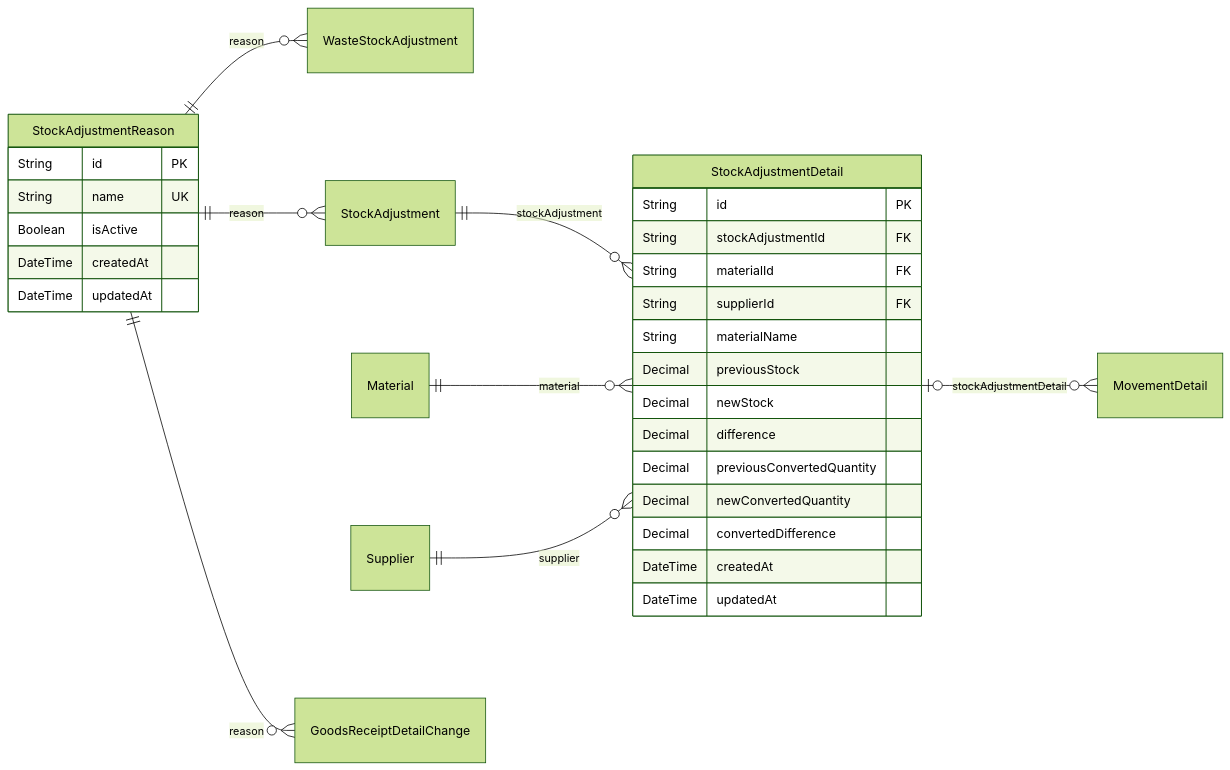
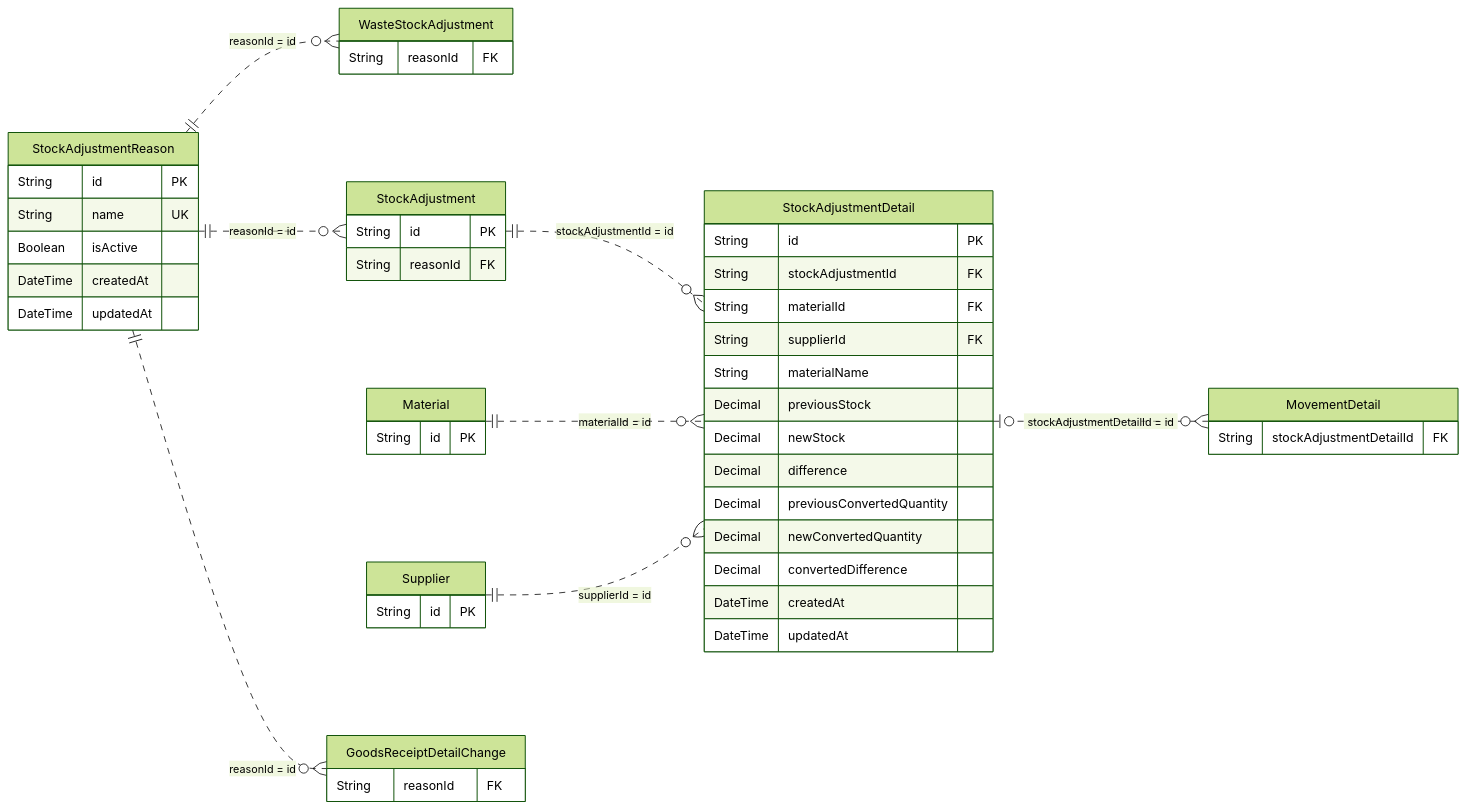
Diagram 11 of 14 in docs/architecture/views/logical/data-and-persistence/generated/database-schema.md (gpgsistemas01/nexus), drawn with Mermaid (forest theme) before and after one commit. The commit also changed other lines of this file and 20 other files, not shown here.

Commit message:
docs: corregir relaciones ER y notación UML de diagramas

````diff
--- a/docs/architecture/views/logical/data-and-persistence/generated/database-schema.md
+++ b/docs/architecture/views/logical/data-and-persistence/generated/database-schema.md
@@ -489,33 +732,52 @@
 ```mermaid
 erDiagram
     direction LR
     StockAdjustmentDetail {
         String id PK
         String stockAdjustmentId FK
         String materialId FK
         String supplierId FK
         String materialName
         Decimal previousStock
         Decimal newStock
         Decimal difference
         Decimal previousConvertedQuantity
         Decimal newConvertedQuantity
         Decimal convertedDifference
         DateTime createdAt
         DateTime updatedAt
     }
     StockAdjustmentReason {
         String id PK
         String name UK
         Boolean isActive
         DateTime createdAt
         DateTime updatedAt
     }
-    StockAdjustmentReason ||--o{ WasteStockAdjustment : "reason"
-    StockAdjustmentDetail o|--o{ MovementDetail : "stockAdjustmentDetail"
-    StockAdjustmentReason ||--o{ StockAdjustment : "reason"
-    StockAdjustment ||--o{ StockAdjustmentDetail : "stockAdjustment"
-    Material ||--o{ StockAdjustmentDetail : "material"
-    Supplier ||--o{ StockAdjustmentDetail : "supplier"
-    StockAdjustmentReason ||--o{ GoodsReceiptDetailChange : "reason"
+    WasteStockAdjustment {
+        String reasonId FK
+    }
+    MovementDetail {
+        String stockAdjustmentDetailId FK
+    }
+    StockAdjustment {
+        String id PK
+        String reasonId FK
+    }
+    Material {
+        String id PK
+    }
+    Supplier {
+        String id PK
+    }
+    GoodsReceiptDetailChange {
+        String reasonId FK
+    }
+    StockAdjustmentReason ||..o{ WasteStockAdjustment : "reasonId = id"
+    StockAdjustmentDetail o|..o{ MovementDetail : "stockAdjustmentDetailId = id"
+    StockAdjustmentReason ||..o{ StockAdjustment : "reasonId = id"
+    StockAdjustment ||..o{ StockAdjustmentDetail : "stockAdjustmentId = id"
+    Material ||..o{ StockAdjustmentDetail : "materialId = id"
+    Supplier ||..o{ StockAdjustmentDetail : "supplierId = id"
+    StockAdjustmentReason ||..o{ GoodsReceiptDetailChange : "reasonId = id"
 ```
````
